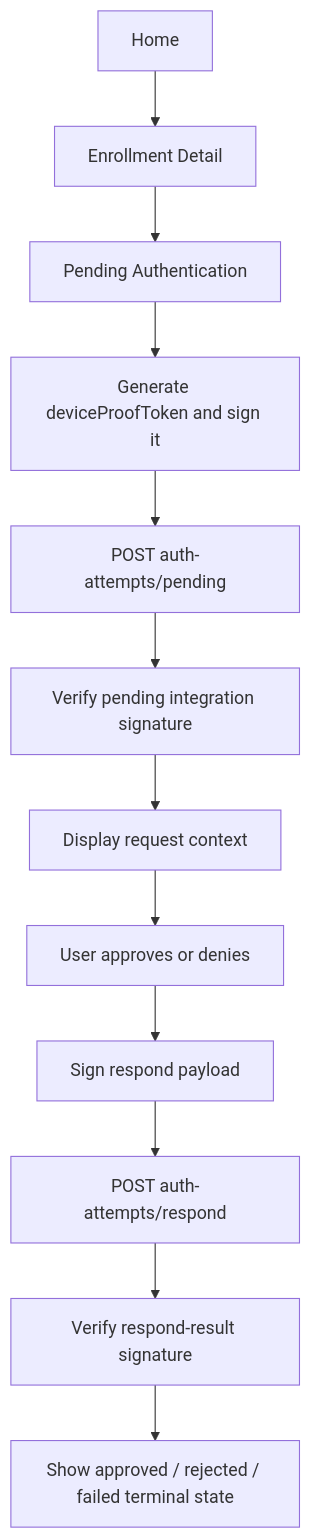
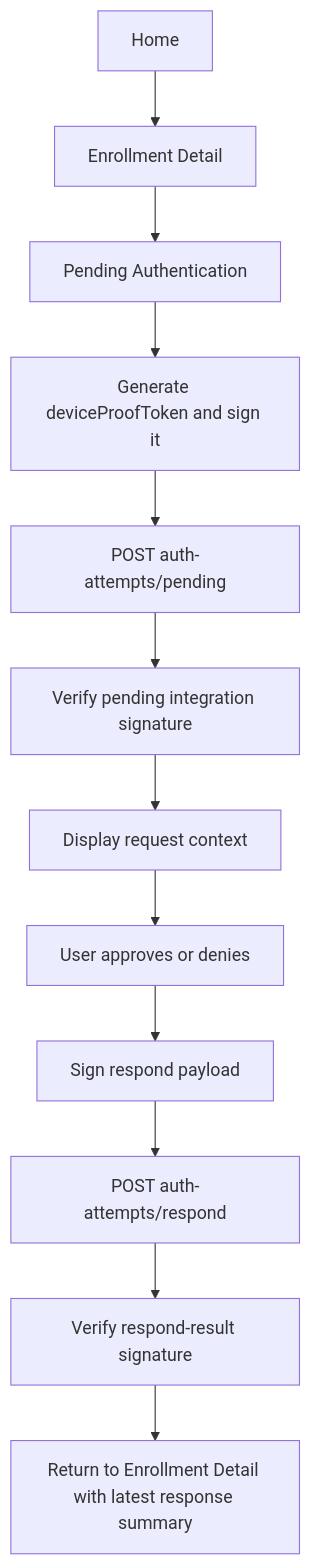
Before and after one commit to mgagp/ezkey: the second of 2 diagrams in ezkey_mobile/docs/MOBILE_FUNCTIONAL_FLOWS.md, drawn with Mermaid. The commit also changed other lines of this file and 7 other files, not shown here.

Commit message:
feat: implement recent authentication result summary in EnrollmentDetail and PendingAuth screens

````diff
--- a/ezkey_mobile/docs/MOBILE_FUNCTIONAL_FLOWS.md
+++ b/ezkey_mobile/docs/MOBILE_FUNCTIONAL_FLOWS.md
@@ -63,14 +63,14 @@
 ```mermaid
 flowchart TD
   A[Home] --> B[Enrollment Detail]
   B --> C[Pending Authentication]
   C --> D[Generate deviceProofToken and sign it]
   D --> E[POST auth-attempts/pending]
   E --> F[Verify pending integration signature]
   F --> G[Display request context]
   G --> H[User approves or denies]
   H --> I[Sign respond payload]
   I --> J[POST auth-attempts/respond]
   J --> K[Verify respond-result signature]
-  K --> L[Show approved / rejected / failed terminal state]
+  K --> L[Return to Enrollment Detail with latest response summary]
 ```
````
